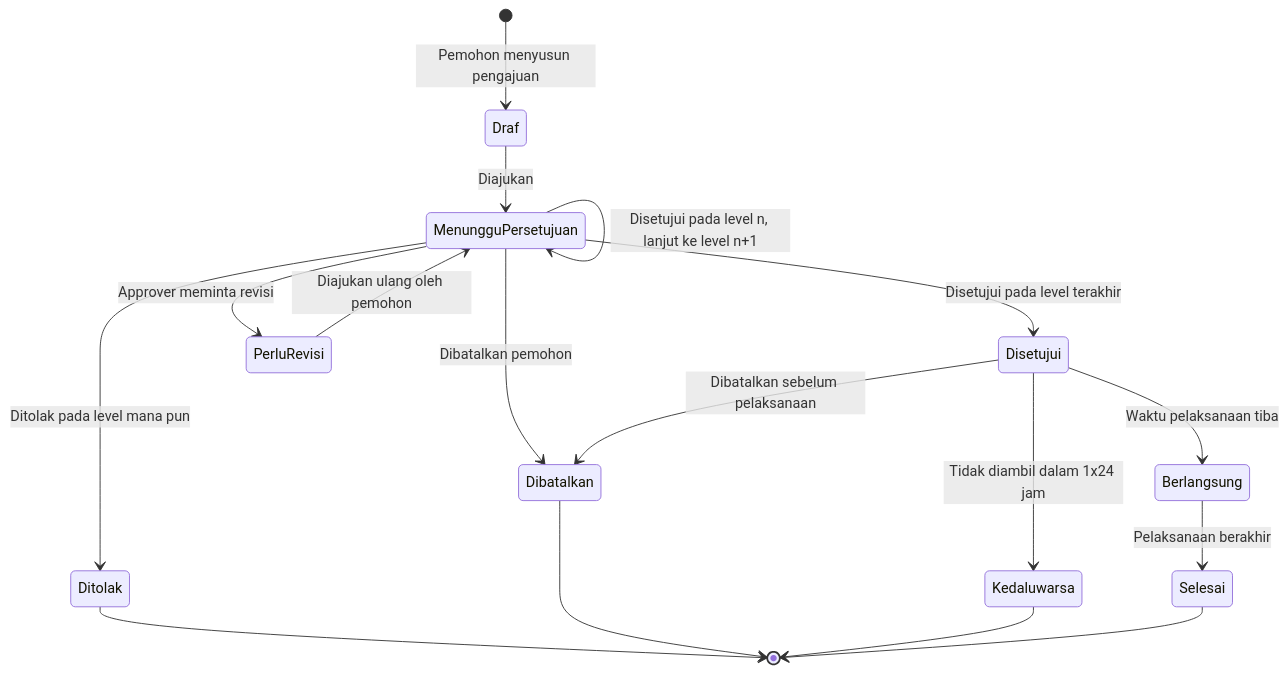
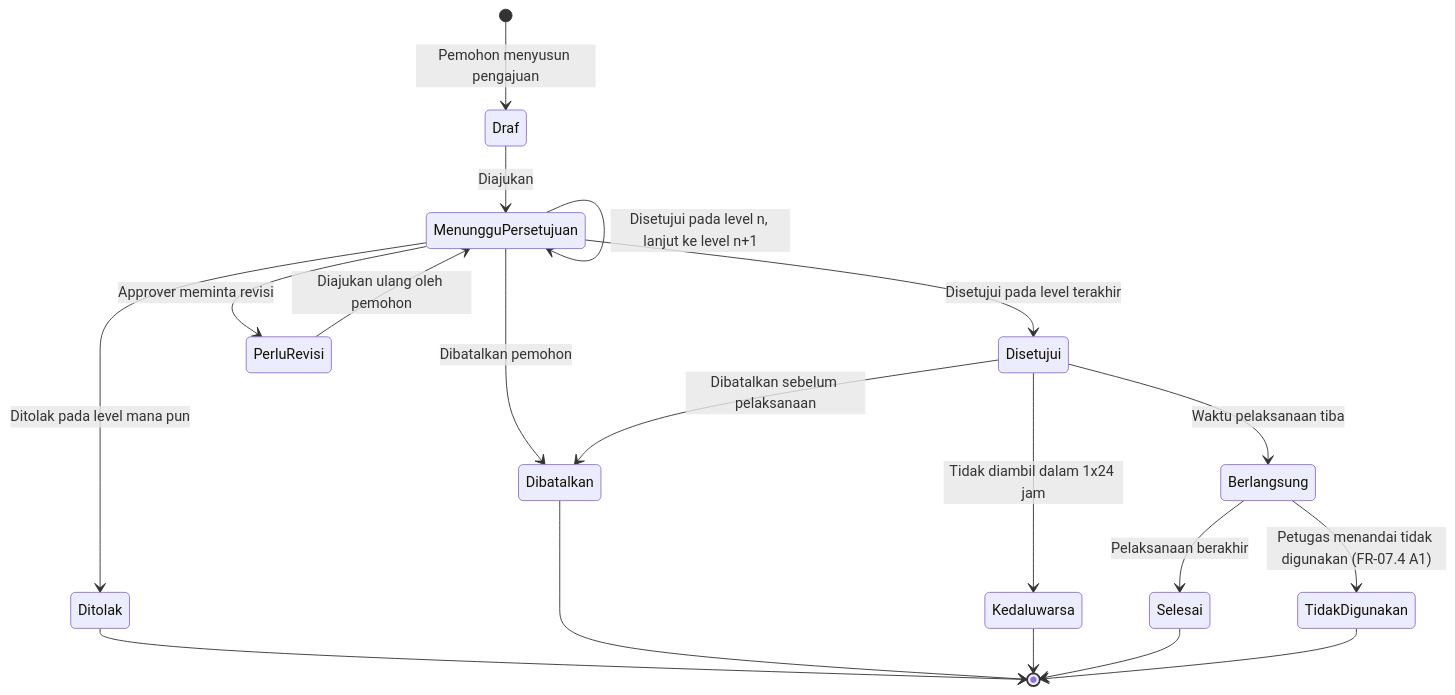
One commit to HanzzzBD/SIGM4 changed the third of 5 diagrams in docs/PRD/03-architecture/system-overview.md. Above: the diagram before and after it, drawn with Mermaid. The commit also changed 432 other files, not shown here.

````diff
--- a/docs/PRD/03-architecture/system-overview.md
+++ b/docs/PRD/03-architecture/system-overview.md
@@ -89,19 +89,21 @@
 ```mermaid
 stateDiagram-v2
     [*] --> Draf: Pemohon menyusun pengajuan
     Draf --> MenungguPersetujuan: Diajukan
     MenungguPersetujuan --> MenungguPersetujuan: Disetujui pada level n, lanjut ke level n+1
     MenungguPersetujuan --> Disetujui: Disetujui pada level terakhir
     MenungguPersetujuan --> Ditolak: Ditolak pada level mana pun
     MenungguPersetujuan --> PerluRevisi: Approver meminta revisi
     PerluRevisi --> MenungguPersetujuan: Diajukan ulang oleh pemohon
     MenungguPersetujuan --> Dibatalkan: Dibatalkan pemohon
     Disetujui --> Dibatalkan: Dibatalkan sebelum pelaksanaan
     Disetujui --> Kedaluwarsa: Tidak diambil dalam 1x24 jam
     Disetujui --> Berlangsung: Waktu pelaksanaan tiba
     Berlangsung --> Selesai: Pelaksanaan berakhir
+    Berlangsung --> TidakDigunakan: Petugas menandai tidak digunakan (FR-07.4 A1)
     Ditolak --> [*]
     Dibatalkan --> [*]
     Kedaluwarsa --> [*]
     Selesai --> [*]
+    TidakDigunakan --> [*]
 ```
````
